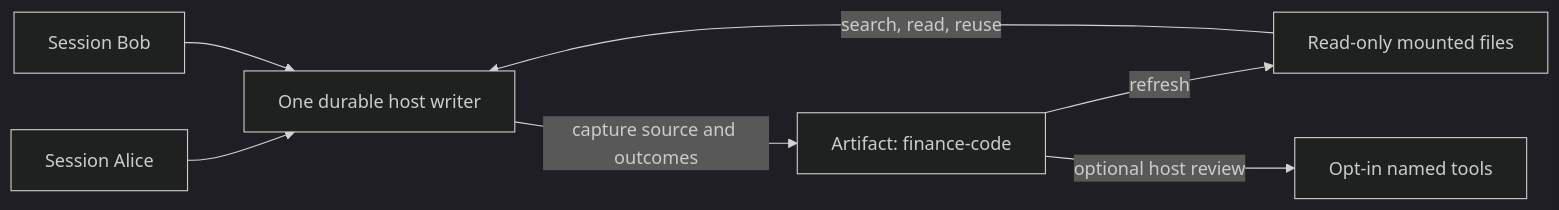
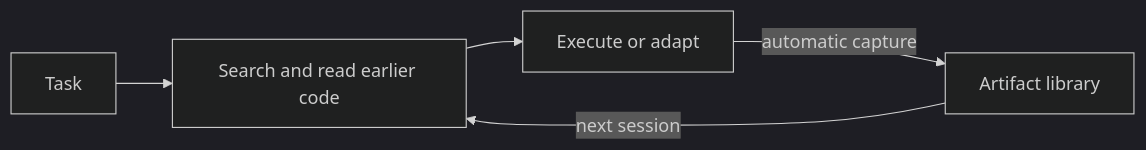
Before and after one commit to irvinebroque/computer: the diagram in examples/durable-code/README.md, drawn with Mermaid (dark theme). The commit also changed other lines of this file and 14 other files, not shown here.

First line of the commit message:
computer: Keep code libraries focused on capture and reuse

````diff
--- a/examples/durable-code/README.md
+++ b/examples/durable-code/README.md
@@ -6,9 +7,7 @@
 ```mermaid
 flowchart LR
-  A[Session Alice] --> W[One durable host writer]
-  B[Session Bob] --> W
-  W -->|capture source and outcomes| R["Artifact: finance-code"]
-  R -->|refresh| F[Read-only mounted files]
-  F -->|search, read, reuse| W
-  R -->|optional host review| T[Opt-in named tools]
+  T[Task] --> S[Search and read earlier code]
+  S --> E[Execute or adapt]
+  E -->|automatic capture| A[Artifact library]
+  A -->|next session| S
 ```
````
